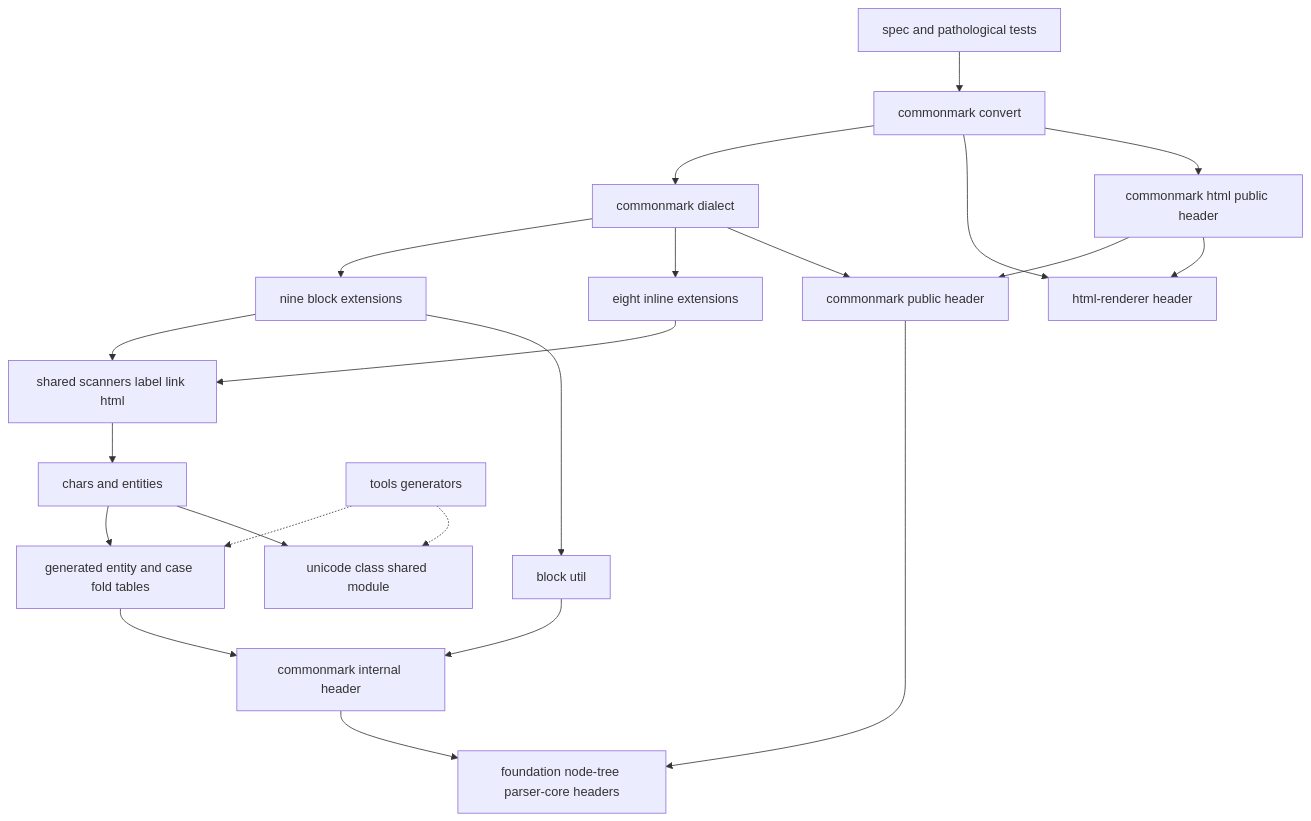
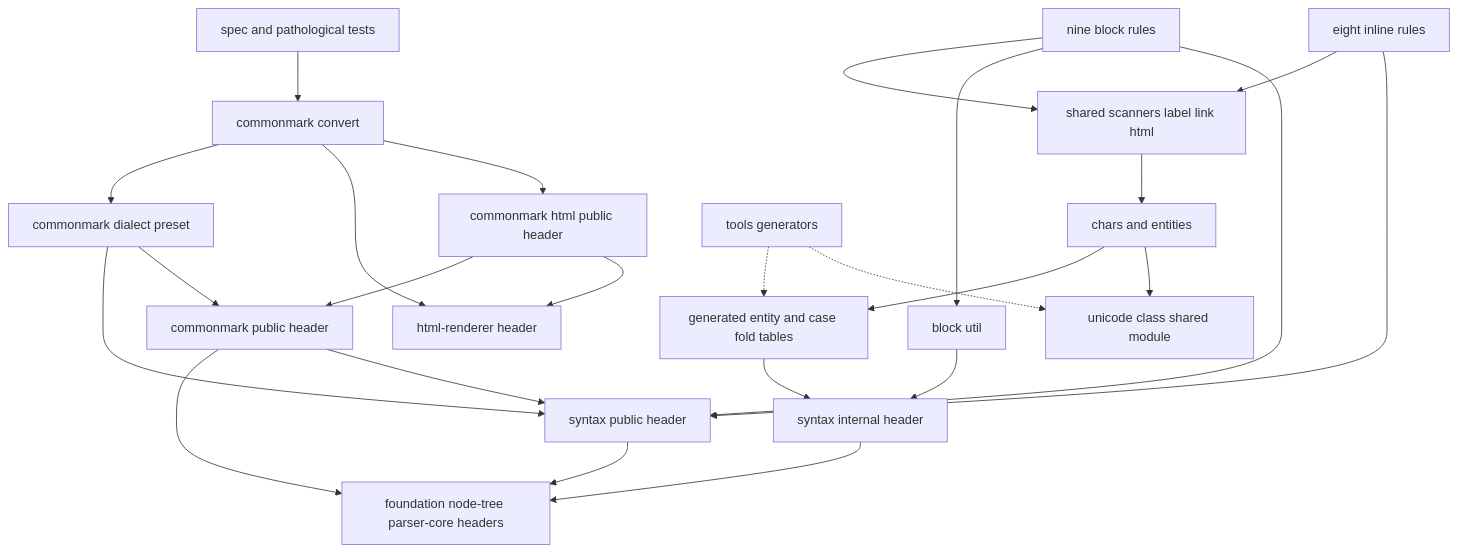
The first of 3 diagrams in .kiro/specs/commonmark/design.md (ktdevx/amark-private3), drawn with Mermaid before and after one commit. The commit also changed other lines of this file and 8 other files, not shown here.

````diff
--- a/.kiro/specs/commonmark/design.md
+++ b/.kiro/specs/commonmark/design.md
@@ -71,40 +78,44 @@
 ```mermaid
 graph TB
     Upstream[foundation node-tree parser-core headers]
     Html[html-renderer header]
+    SyntaxPublic[syntax public header]
     Public[commonmark public header]
     PublicHtml[commonmark html public header]
     UnicodeClass[unicode class shared module]
-    Internal[commonmark internal header]
+    Internal[syntax internal header]
     Data[generated entity and case fold tables]
     Chars[chars and entities]
     Scan[shared scanners label link html]
     BlockUtil[block util]
-    Blocks[nine block extensions]
-    Inlines[eight inline extensions]
-    Dialect[commonmark dialect]
+    Blocks[nine block rules]
+    Inlines[eight inline rules]
+    Dialect[commonmark dialect preset]
     Convert[commonmark convert]
     Tools[tools generators]
     Tests[spec and pathological tests]
+    SyntaxPublic --> Upstream
     Public --> Upstream
+    Public --> SyntaxPublic
     Internal --> Upstream
     Data --> Internal
     Chars --> Data
     Chars --> UnicodeClass
     Scan --> Chars
     BlockUtil --> Internal
     Blocks --> Scan
     Blocks --> BlockUtil
     Inlines --> Scan
-    Dialect --> Blocks
-    Dialect --> Inlines
+    Blocks --> SyntaxPublic
+    Inlines --> SyntaxPublic
+    Dialect --> SyntaxPublic
     Dialect --> Public
     Convert --> Dialect
     Convert --> Html
     Convert --> PublicHtml
     PublicHtml --> Public
     PublicHtml --> Html
     Tools -.-> Data
     Tools -.-> UnicodeClass
     Tests --> Convert
 ```
````
